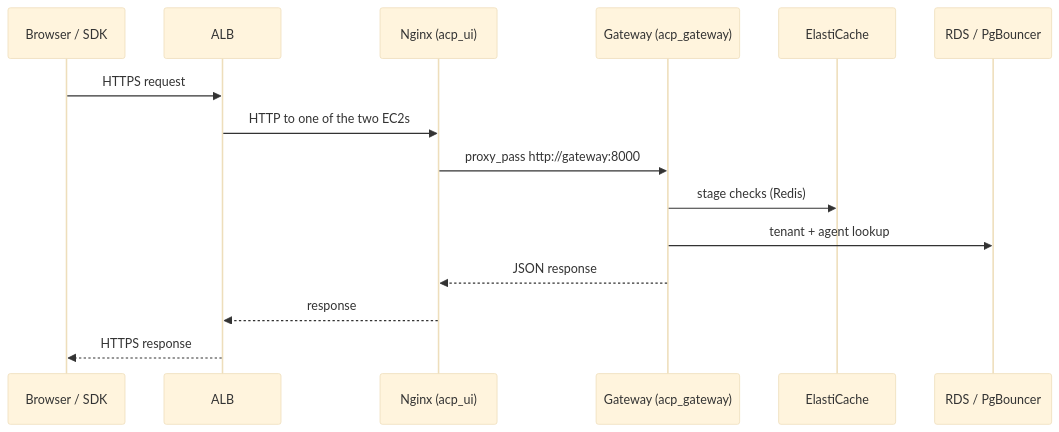
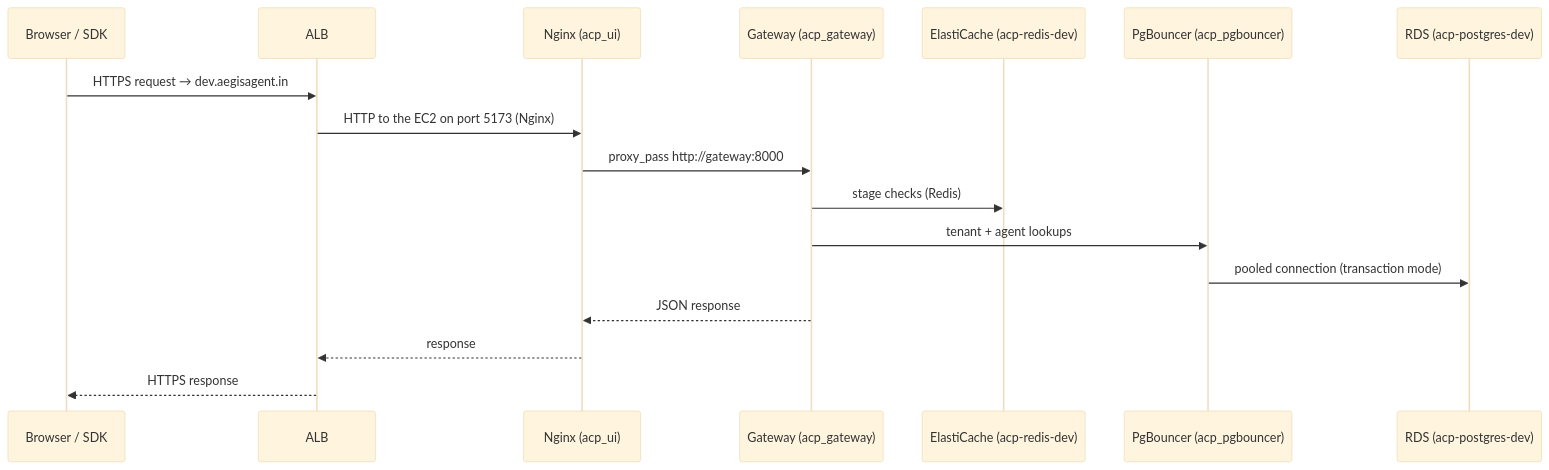
The second of 3 diagrams in docs/architecture/deployment-topology.md (Abhi-mishra998/aegis), drawn with Mermaid (base theme) before and after one commit. The commit also changed other lines of this file and 44 other files, not shown here.

````diff
--- a/docs/architecture/deployment-topology.md
+++ b/docs/architecture/deployment-topology.md
@@ -102,17 +93,19 @@
 ```mermaid
 sequenceDiagram
     participant U as Browser / SDK
     participant ALB as ALB
     participant N as Nginx (acp_ui)
     participant G as Gateway (acp_gateway)
-    participant R as ElastiCache
-    participant P as RDS / PgBouncer
-    U->>ALB: HTTPS request
-    ALB->>N: HTTP to one of the two EC2s
+    participant R as ElastiCache (acp-redis-dev)
+    participant PB as PgBouncer (acp_pgbouncer)
+    participant P as RDS (acp-postgres-dev)
+    U->>ALB: HTTPS request → dev.aegisagent.in
+    ALB->>N: HTTP to the EC2 on port 5173 (Nginx)
     N->>G: proxy_pass http://gateway:8000
     G->>R: stage checks (Redis)
-    G->>P: tenant + agent lookup
+    G->>PB: tenant + agent lookups
+    PB->>P: pooled connection (transaction mode)
     G-->>N: JSON response
     N-->>ALB: response
     ALB-->>U: HTTPS response
 ```
````
